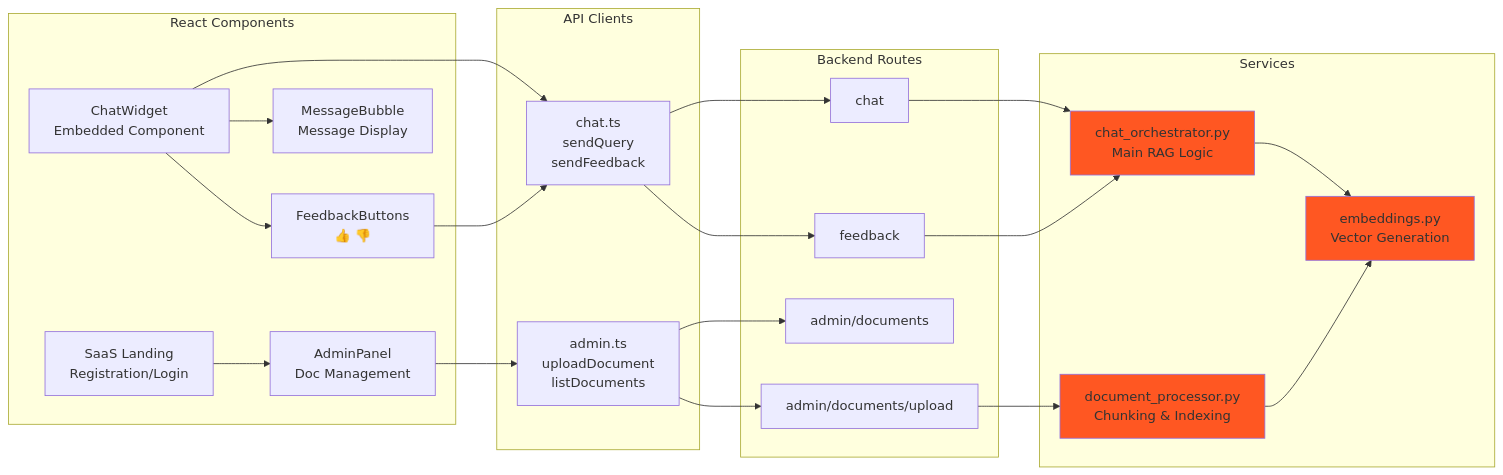
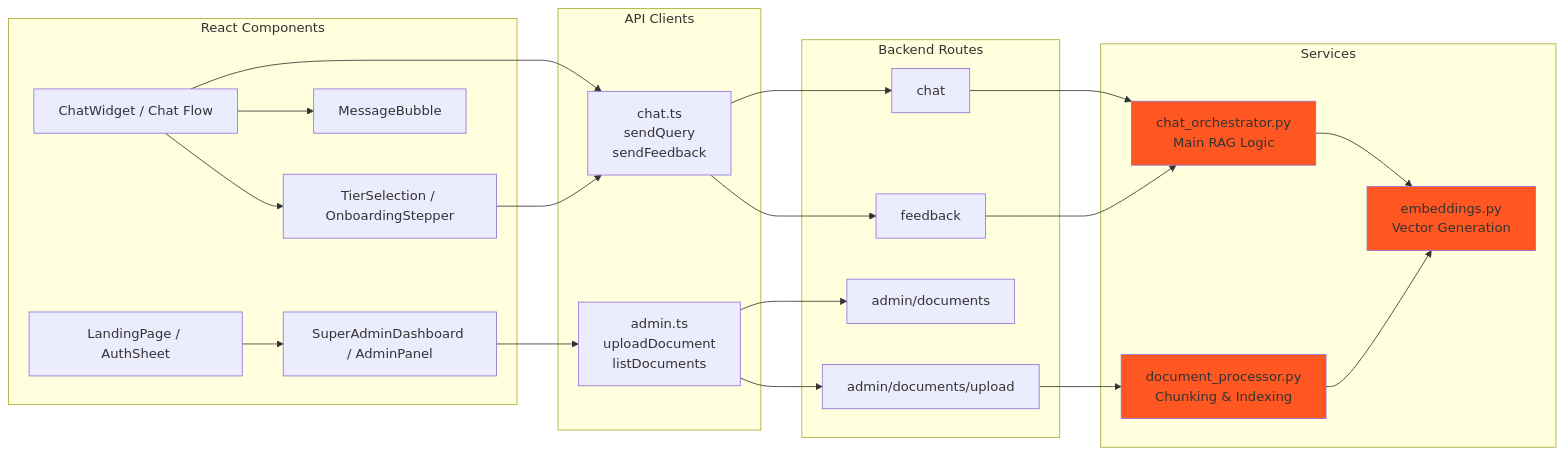
Before and after one commit to ShantanuV2709/CORPWISE: the sixth of 18 diagrams in project_workflow.md, drawn with Mermaid. The commit also changed other lines of this file and 64 other files, not shown here.

````diff
--- a/project_workflow.md
+++ b/project_workflow.md
@@ -333,53 +334,53 @@
 ```mermaid
 graph LR
     subgraph "React Components"
-        A[SaaS Landing<br/>Registration/Login]
-        B[AdminPanel<br/>Doc Management]
-        C[ChatWidget<br/>Embedded Component]
-        D[MessageBubble<br/>Message Display]
-        E[FeedbackButtons<br/>👍 👎]
+        A[LandingPage / AuthSheet]
+        B[SuperAdminDashboard / AdminPanel]
+        C[ChatWidget / Chat Flow]
+        D[MessageBubble]
+        E[TierSelection / OnboardingStepper]
     end
     
     subgraph "API Clients"
         F[chat.ts<br/>sendQuery<br/>sendFeedback]
         G[admin.ts<br/>uploadDocument<br/>listDocuments]
     end
     
     subgraph "Backend Routes"
         H[chat]
         I[admin/documents/upload]
         J[admin/documents]
         K[feedback]
     end
     
     subgraph "Services"
         L[chat_orchestrator.py<br/>Main RAG Logic]
         M[document_processor.py<br/>Chunking & Indexing]
         N[embeddings.py<br/>Vector Generation]
     end
     
     A --> B
     
     C --> F
     C --> D
     C --> E
     E --> F
     
     B --> G
     
     F --> H
     F --> K
     G --> I
     G --> J
     
     H --> L
     I --> M
     K --> L
     
     L --> N
     M --> N
     
     style L fill:#FF5722
     style M fill:#FF5722
     style N fill:#FF5722
 ```
````
